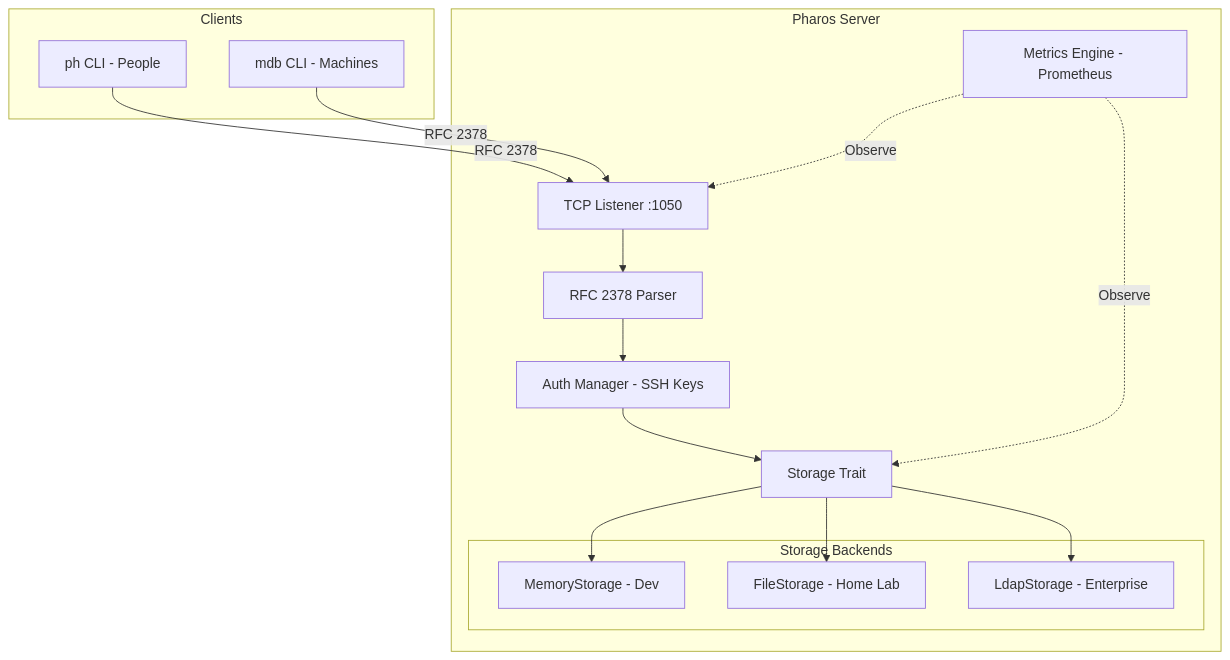
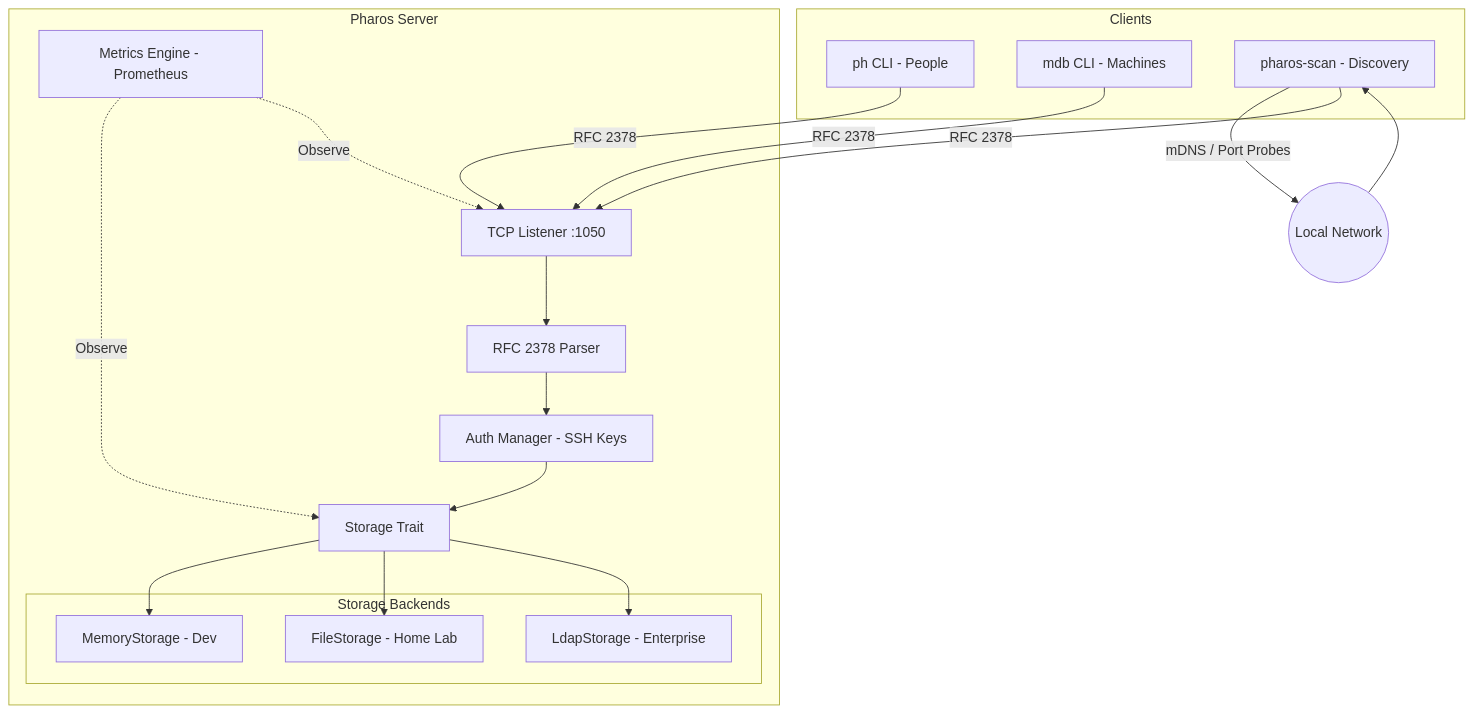
Before and after one commit to iamrichardD/pharos: the first of 3 diagrams in website/src/content/docs/architecture.mdx, drawn with Mermaid. The commit also changed other lines of this file and 4 other files, not shown here.

````diff
--- a/website/src/content/docs/architecture.mdx
+++ b/website/src/content/docs/architecture.mdx
@@ -24,33 +24,37 @@
 ```mermaid
 graph TD
     subgraph Clients
         PH[ph CLI - People]
         MDB[mdb CLI - Machines]
+        SCAN[pharos-scan - Discovery]
     end
 
     subgraph "Pharos Server"
         TCP[TCP Listener :1050]
         Parser[RFC 2378 Parser]
         Auth[Auth Manager - SSH Keys]
         Metrics[Metrics Engine - Prometheus]
         StorageTrait[Storage Trait]
         
         subgraph "Storage Backends"
             Mem[MemoryStorage - Dev]
             File[FileStorage - Home Lab]
             LDAP[LdapStorage - Enterprise]
         end
     end
 
     PH -->|RFC 2378| TCP
     MDB -->|RFC 2378| TCP
+    SCAN -->|mDNS / Port Probes| LAN((Local Network))
+    LAN --> SCAN
+    SCAN -->|RFC 2378| TCP
     TCP --> Parser
     Parser --> Auth
     Auth --> StorageTrait
     StorageTrait --> Mem
     StorageTrait --> File
     StorageTrait --> LDAP
     
     Metrics -.->|Observe| StorageTrait
     Metrics -.->|Observe| TCP
 ```
````
